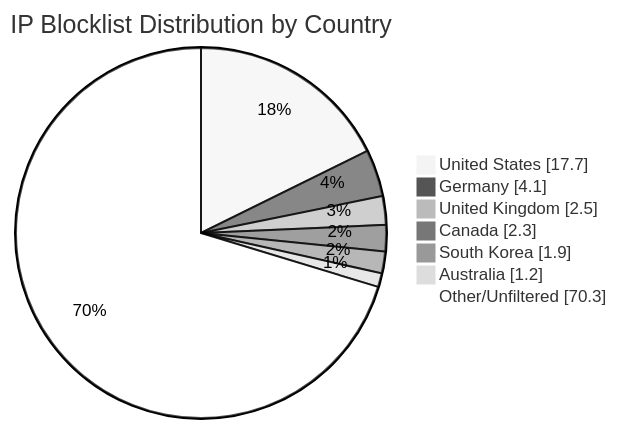
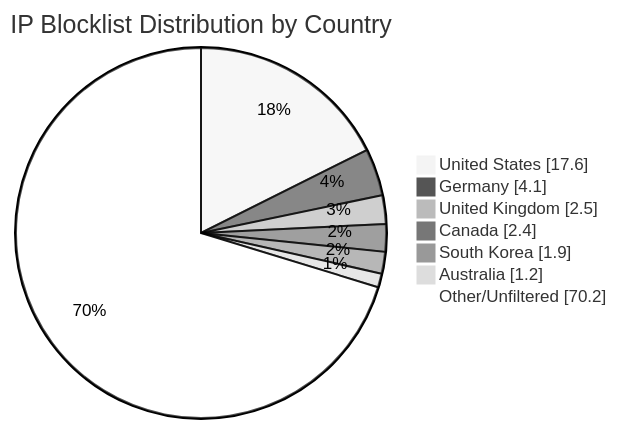
The diagram in README.md (MarcusHoltz/ipblocklist-geofiltered-aggregator), drawn with Mermaid (neutral theme) before and after one commit. The commit also changed other lines of this file and 9 other files, not shown here.

````diff
--- a/README.md
+++ b/README.md
@@ -34,10 +34,10 @@
 ```mermaid
 pie showData title IP Blocklist Distribution by Country
-"United States" : 17.7
+"United States" : 17.6
 "Germany" : 4.1
 "United Kingdom" : 2.5
-"Canada" : 2.3
+"Canada" : 2.4
 "South Korea" : 1.9
 "Australia" : 1.2
-"Other/Unfiltered" : 70.3
+"Other/Unfiltered" : 70.2
 ```
````
